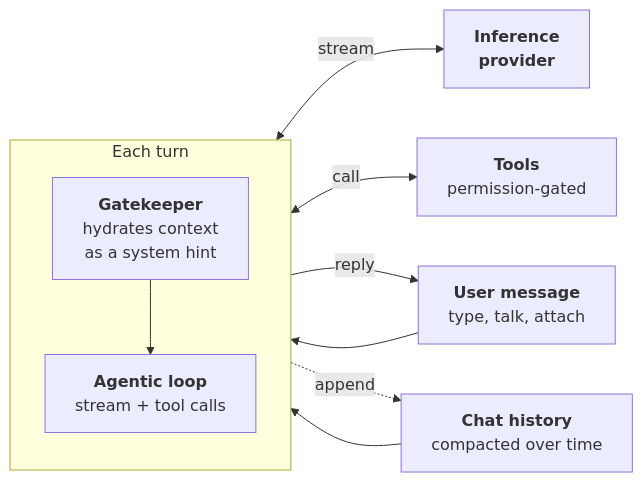
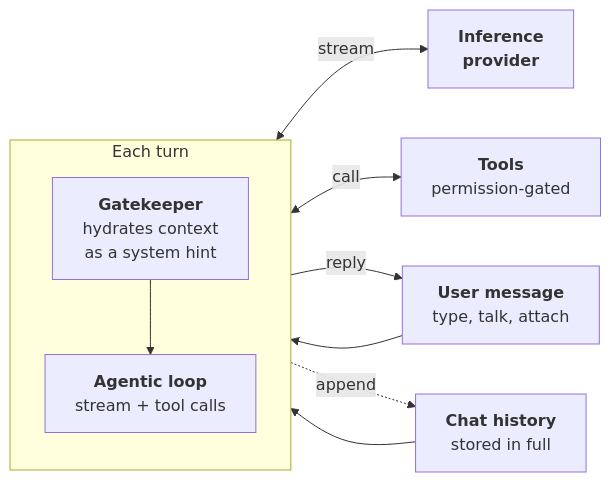
Before and after one commit to Eigin-AI/Eigin: the diagram in docs/src/conversation/README.md, drawn with Mermaid. The commit also changed other lines of this file and 70 other files, not shown here.

````diff
--- a/docs/src/conversation/README.md
+++ b/docs/src/conversation/README.md
@@ -5,22 +5,22 @@
 ```mermaid
 flowchart LR
     User["<b>User message</b><br/>type, talk, attach"]
-    History["<b>Chat history</b><br/>compacted over time"]
+    History["<b>Chat history</b><br/>stored in full"]
 
     subgraph Turn["Each turn"]
         direction TB
         Gatekeeper["<b>Gatekeeper</b><br/>hydrates context<br/>as a system hint"]
         Loop["<b>Agentic loop</b><br/>stream + tool calls"]
         Gatekeeper --> Loop
     end
 
     Provider["<b>Inference<br/>provider</b>"]
     Tools["<b>Tools</b><br/>permission-gated"]
 
     User --> Gatekeeper
     History --> Gatekeeper
     Loop <-->|stream| Provider
     Loop <-->|call| Tools
     Loop -->|reply| User
     Loop -.->|append| History
 ```
````
